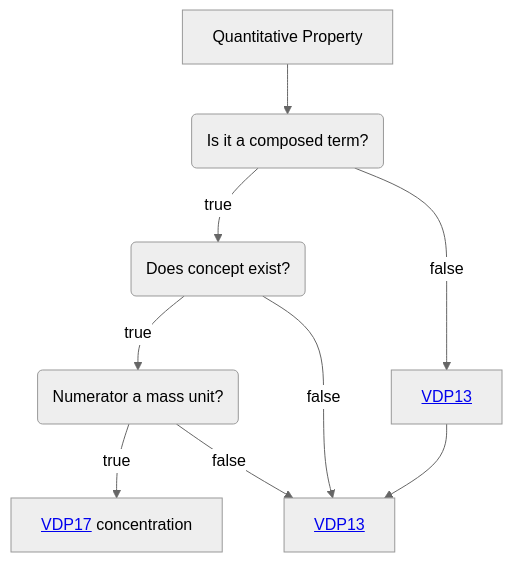
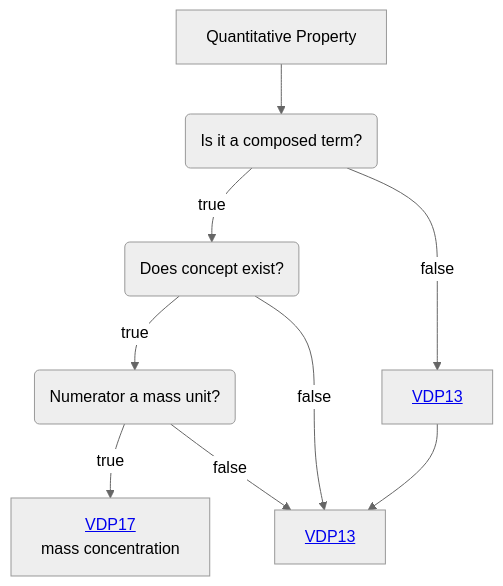
The diagram in Decisition_trees/DT1.mmd (mabablue/I-ADOPT-patterns-playground), drawn with Mermaid (neutral theme) before and after one commit.

```diff
--- a/Decisition_trees/DT1.mmd
+++ b/Decisition_trees/DT1.mmd
@@ -1,9 +1,9 @@
 flowchart TD
     A[Quantitative Property] --> B(Is it a composed term?)
     B --> |true|E(Does concept exist?)
     B --> |false|D[<a href='https://github.com/mabablue/I-ADOPT-patterns-playground/blob/main/pattern/VDP13.yaml'>VDP13</a>]
     E -->|true|F(Numerator a mass unit?)
     E --> |false|I
-    F --> |true|H[<a href='https://github.com/mabablue/I-ADOPT-patterns-playground/blob/main/pattern/VDP13.yaml'>VDP17</a> concentration]
+    F --> |true|H[<a href='https://github.com/mabablue/I-ADOPT-patterns-playground/blob/main/pattern/VDP13.yaml'>VDP17</a> <br> mass concentration]
     D --> I[<a href='https://github.com/mabablue/I-ADOPT-patterns-playground/blob/main/pattern/VDP13.yaml'>VDP13</a>]
     F --> |false|I
```
